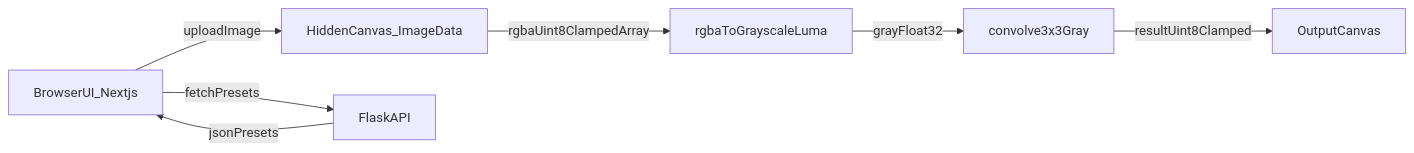
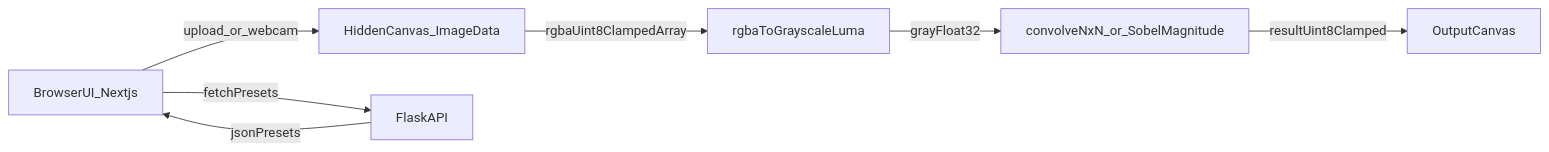
The diagram in README.md (01aptx01/demo-convolution-engine), drawn with Mermaid before and after one commit. The commit also changed other lines of this file and 14 other files, not shown here.

First line of the commit message:
feat: enhance convolution engine with NxN support, Sobel magnitude, and debugging features

````diff
--- a/README.md
+++ b/README.md
@@ -9,9 +23,9 @@
 ```mermaid
 flowchart LR
-  BrowserUI[BrowserUI_Nextjs] -->|uploadImage| CanvasHidden[HiddenCanvas_ImageData]
+  BrowserUI[BrowserUI_Nextjs] -->|upload_or_webcam| CanvasHidden[HiddenCanvas_ImageData]
   CanvasHidden -->|rgbaUint8ClampedArray| GrayscaleFn[rgbaToGrayscaleLuma]
-  GrayscaleFn -->|grayFloat32| ConvolutionFn[convolve3x3Gray]
+  GrayscaleFn -->|grayFloat32| ConvolutionFn[convolveNxN_or_SobelMagnitude]
   ConvolutionFn -->|resultUint8Clamped| CanvasOutput[OutputCanvas]
   BrowserUI -->|fetchPresets| FlaskAPI[FlaskAPI]
   FlaskAPI -->|jsonPresets| BrowserUI
 ```
````
